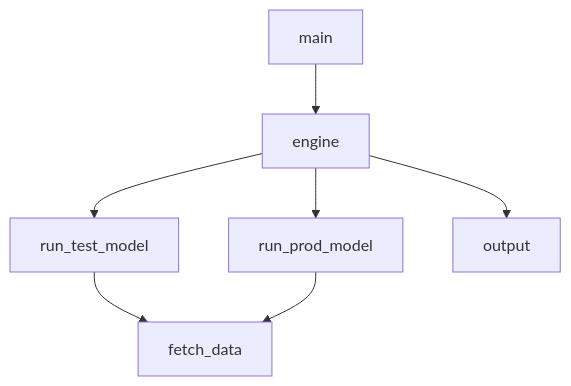
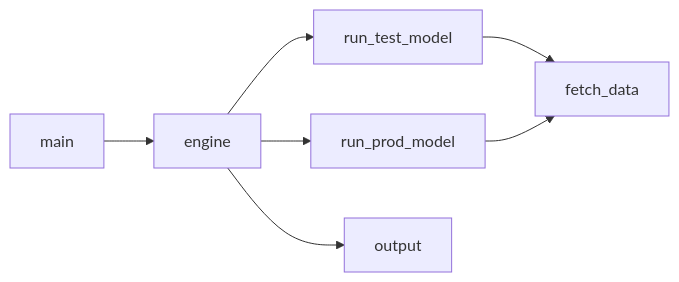
The diagram in README.md (frizchar/inpatients-forecasting), drawn with Mermaid before and after one commit.

````diff
--- a/README.md
+++ b/README.md
@@ -34,9 +34,9 @@
 ```mermaid
-graph TD;
+graph LR;
     main-->engine;
     engine-->run_test_model;
     engine-->run_prod_model;
     engine-->output;
     run_test_model-->fetch_data;
     run_prod_model-->fetch_data;
 ```
````
